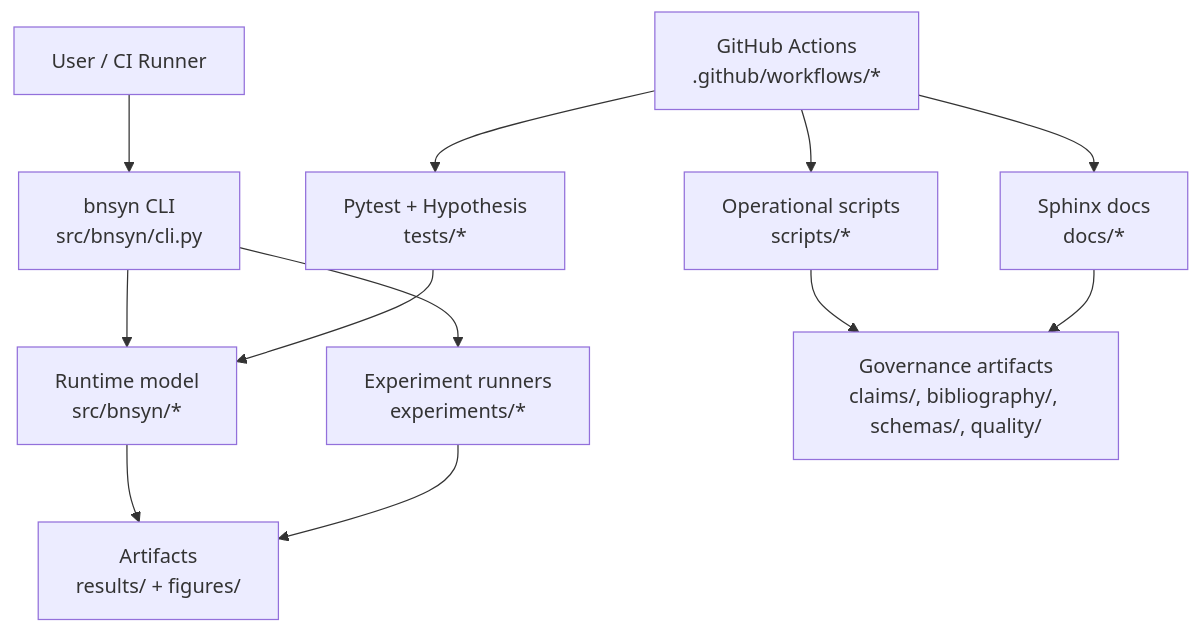
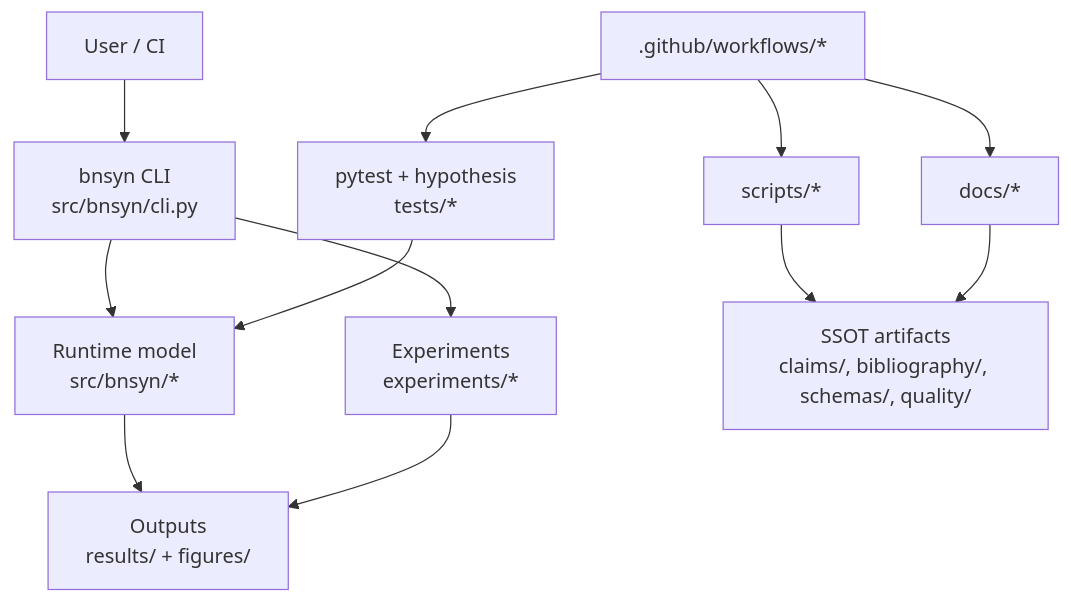
The diagram in README.md (neuron7x/bnsyn-phase-controlled-emergent-dynamics), drawn with Mermaid before and after one commit. The commit also changed other lines of this file, not shown here.

````diff
--- a/README.md
+++ b/README.md
@@ -31,17 +78,16 @@
 ```mermaid
 flowchart TD
-    U[User / CI Runner] --> C[bnsyn CLI\nsrc/bnsyn/cli.py]
-    C --> R[Runtime model\nsrc/bnsyn/*]
-    C --> E[Experiment runners\nexperiments/*]
+    U[User / CI] --> CLI[bnsyn CLI\nsrc/bnsyn/cli.py]
+    CLI --> RT[Runtime model\nsrc/bnsyn/*]
+    CLI --> EXP[Experiments\nexperiments/*]
+    RT --> OUT[Outputs\nresults/ + figures/]
+    EXP --> OUT
 
-    R --> O[Artifacts\nresults/ + figures/]
-    E --> O
+    TEST[pytest + hypothesis\ntests/*] --> RT
+    SCRIPTS[scripts/*] --> GOV[SSOT artifacts\nclaims/, bibliography/, schemas/, quality/]
+    DOCS[docs/*] --> GOV
 
-    T[Pytest + Hypothesis\ntests/*] --> R
-    S[Operational scripts\nscripts/*] --> G[Governance artifacts\nclaims/, bibliography/, schemas/, quality/]
-    D[Sphinx docs\ndocs/*] --> G
-
-    CI[GitHub Actions\n.github/workflows/*] --> T
-    CI --> S
-    CI --> D
+    CI[.github/workflows/*] --> TEST
+    CI --> SCRIPTS
+    CI --> DOCS
 ```
````
